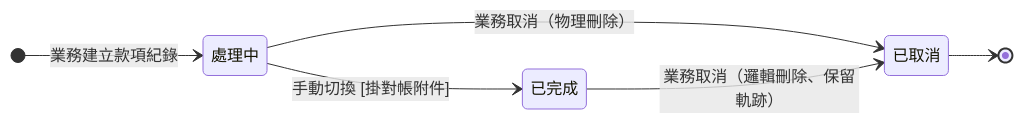
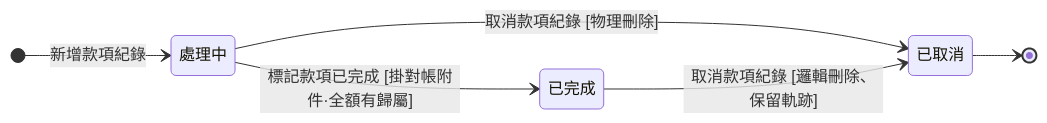
The diagram in memory/Sens_wiki/wiki/erp/06-state-machines/款項狀態.md (Kawato-Miles/erp-spec), drawn with Mermaid before and after one commit. The commit also changed other lines of this file and 37 other files, not shown here.

````diff
--- a/memory/Sens_wiki/wiki/erp/06-state-machines/款項狀態.md
+++ b/memory/Sens_wiki/wiki/erp/06-state-machines/款項狀態.md
@@ -35,14 +37,14 @@
 ```mermaid
 stateDiagram-v2
     direction LR
 
     state "處理中" as s_pending
     state "已完成" as s_completed
     state "已取消" as s_cancelled
 
-    [*] --> s_pending : 業務建立款項紀錄
-    s_pending --> s_completed : 手動切換 [掛對帳附件]
-    s_pending --> s_cancelled : 業務取消（物理刪除）
-    s_completed --> s_cancelled : 業務取消（邏輯刪除、保留軌跡）
+    [*] --> s_pending : 新增款項紀錄
+    s_pending --> s_completed : 標記款項已完成 [掛對帳附件·全額有歸屬]
+    s_pending --> s_cancelled : 取消款項紀錄 [物理刪除]
+    s_completed --> s_cancelled : 取消款項紀錄 [邏輯刪除、保留軌跡]
     s_cancelled --> [*]
 ```
````
